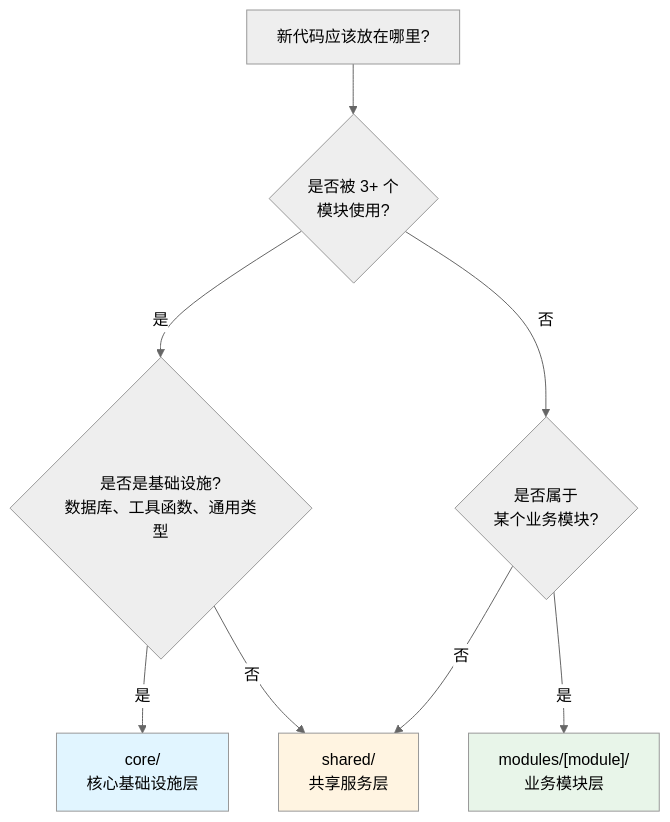
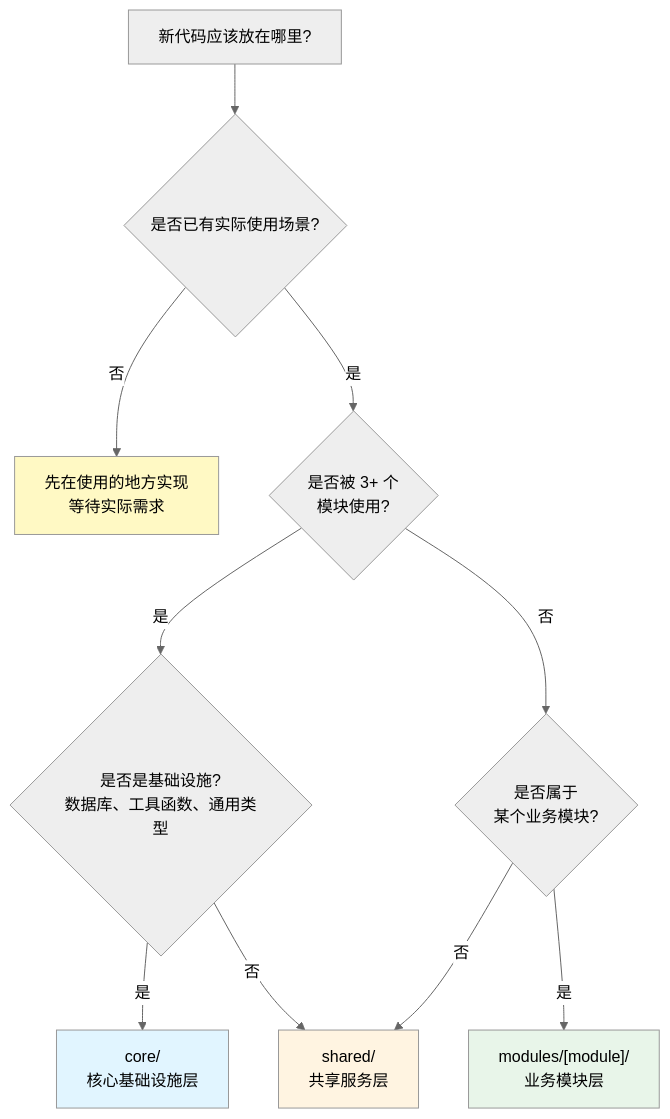
Before and after one commit to helloAhao096/helloahao096.github.io: the third of 7 diagrams in docs/posts/FastAPI 项目工程化结构设计指南.md, drawn with Mermaid (neutral theme). The commit also changed other lines of this file and 1 other file, not shown here.

````diff
--- a/docs/posts/FastAPI 项目工程化结构设计指南.md
+++ b/docs/posts/FastAPI 项目工程化结构设计指南.md
@@ -314,14 +328,17 @@
 ```mermaid
 flowchart TD
-    A[新代码应该放在哪里?] --> B{是否被 3+ 个<br/>模块使用?}
-    B -->|是| C{是否是基础设施?<br/>数据库、工具函数、通用类型}
-    C -->|是| D[core/<br/>核心基础设施层]
-    C -->|否| E[shared/<br/>共享服务层]
-    B -->|否| F{是否属于<br/>某个业务模块?}
-    F -->|是| G["modules/[module]/<br/>业务模块层"]
-    F -->|否| E
+    A[新代码应该放在哪里?] --> B{是否已有实际使用场景?}
+    B -->|否| C[先在使用的地方实现<br/>等待实际需求]
+    B -->|是| D{是否被 3+ 个<br/>模块使用?}
+    D -->|是| E{是否是基础设施?<br/>数据库、工具函数、通用类型}
+    E -->|是| F[core/<br/>核心基础设施层]
+    E -->|否| G[shared/<br/>共享服务层]
+    D -->|否| H{是否属于<br/>某个业务模块?}
+    H -->|是| I["modules/[module]/<br/>业务模块层"]
+    H -->|否| G
     
-    style D fill:#e1f5ff
-    style E fill:#fff4e1
-    style G fill:#e8f5e9
+    style C fill:#fff9c4
+    style F fill:#e1f5ff
+    style G fill:#fff4e1
+    style I fill:#e8f5e9
 ```
````
